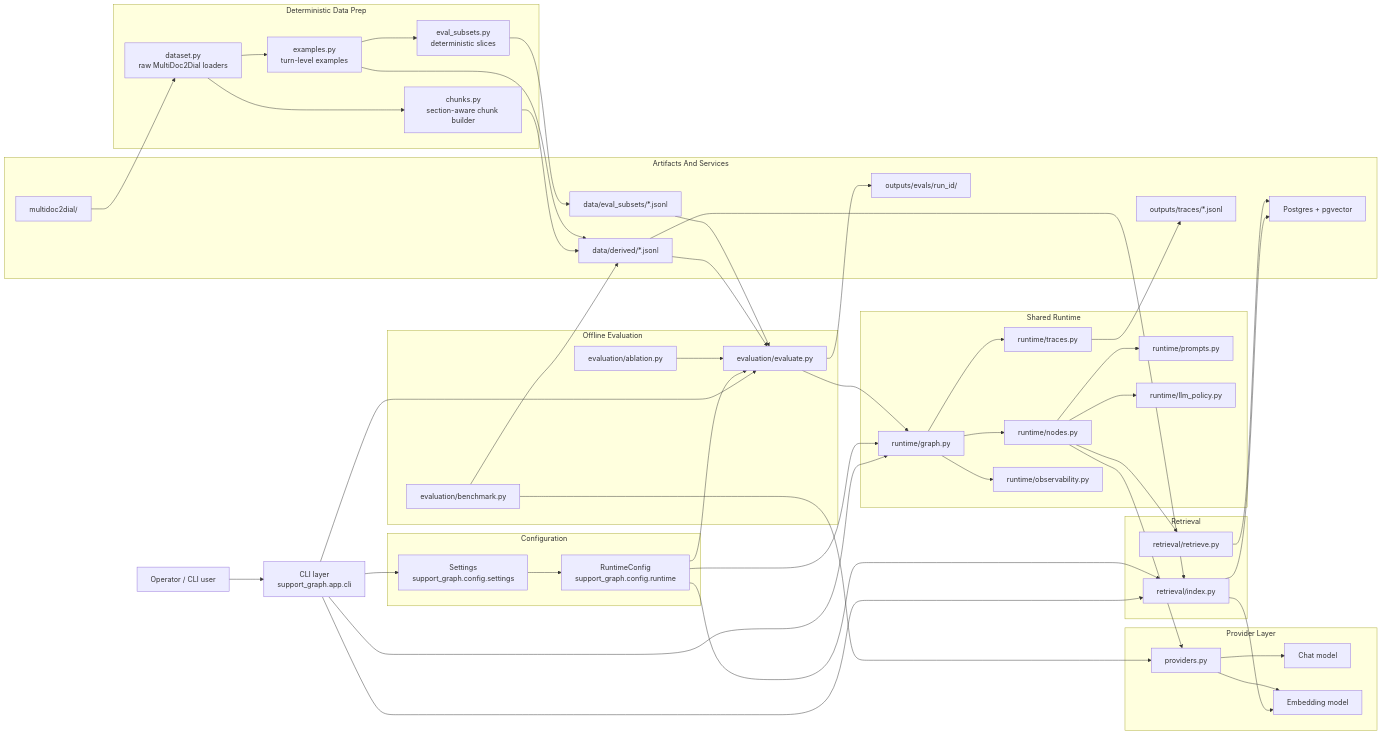
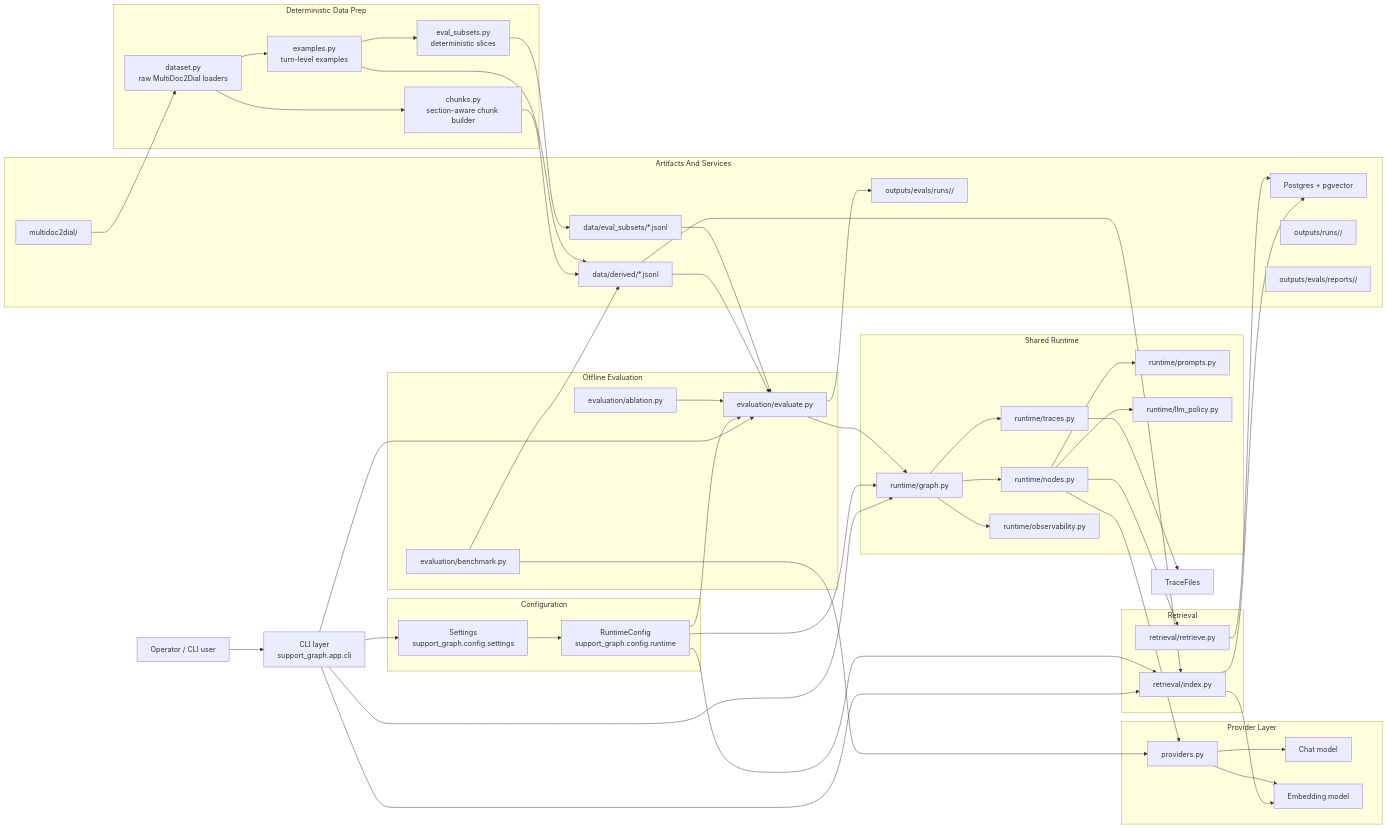
One commit to YgLK/grounded-support-rag changed the fifth of 9 diagrams in README.md. Above: the diagram before and after it, drawn with Mermaid. The commit also changed other lines of this file and 1 other file, not shown here.

```diff
--- a/README.md
+++ b/README.md
@@ -181,8 +196,9 @@
         Derived["data/derived/*.jsonl"]
         EvalSubsets["data/eval_subsets/*.jsonl"]
         PG["Postgres + pgvector"]
-        TraceFiles["outputs/traces/*.jsonl"]
-        EvalFiles["outputs/evals/run_id/"]
+        StandaloneFiles["outputs/runs/<run_id>/"]
+        EvalFiles["outputs/evals/runs/<run_id>/"]
+        ReportFiles["outputs/evals/reports/<report_id>/"]
     end
 
     subgraph Retrieval["Retrieval"]
```
